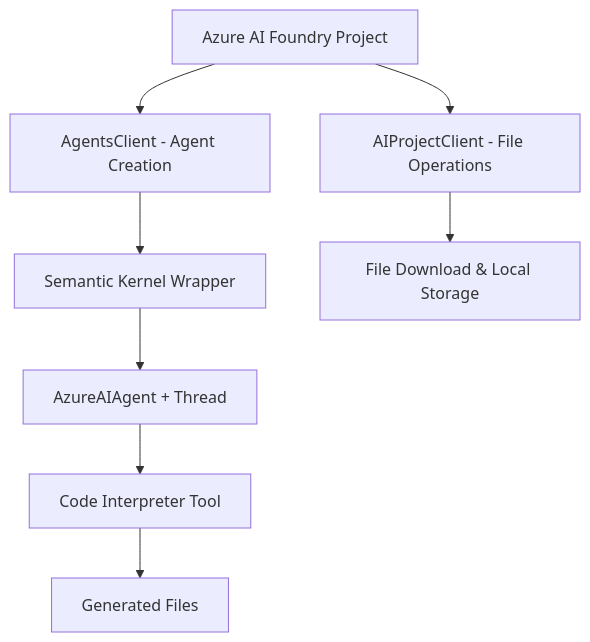
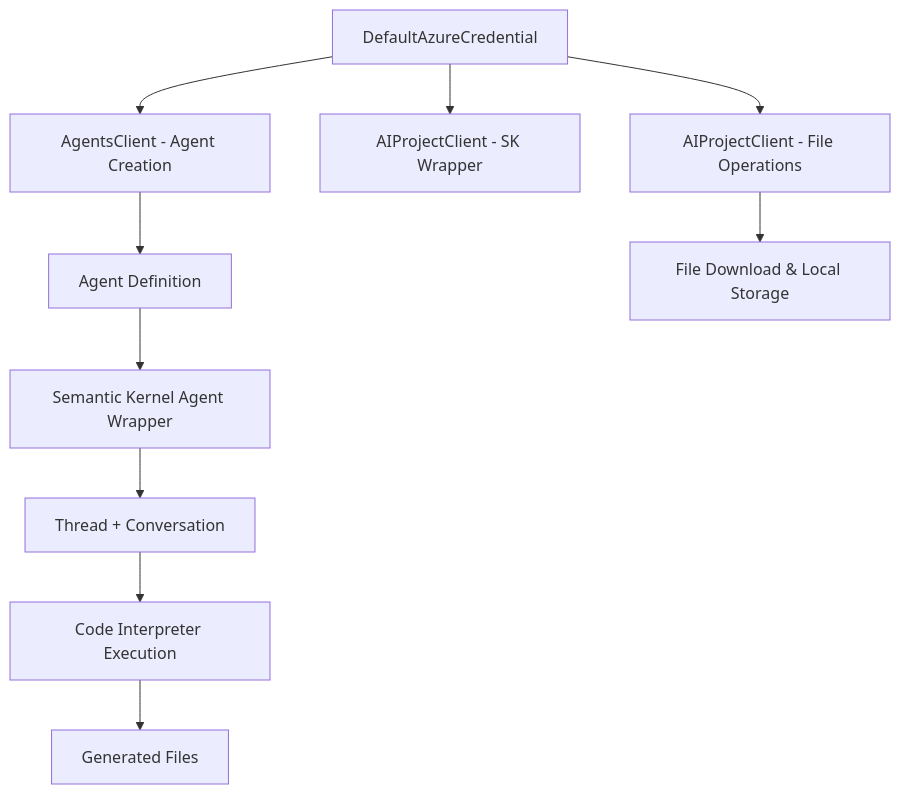
The diagram in README.md (ChrisMcKee1/azure-ai-foundry-semantic-kernel-tutorial), drawn with Mermaid before and after one commit. The commit also changed other lines of this file, not shown here.

Commit message:
Fix README: correct architecture to reflect single credential approach, update code examples, remove support section

````diff
--- a/README.md
+++ b/README.md
@@ -15,10 +15,12 @@
 ```mermaid
 graph TD
-    A[Azure AI Foundry Project] --> B[AgentsClient - Agent Creation]
-    A --> C[AIProjectClient - File Operations]
-    B --> D[Semantic Kernel Wrapper]
-    D --> E[AzureAIAgent + Thread]
-    E --> F[Code Interpreter Tool]
-    F --> G[Generated Files]
-    C --> H[File Download & Local Storage]
+    A[DefaultAzureCredential] --> B[AgentsClient - Agent Creation]
+    A --> C[AIProjectClient - SK Wrapper]
+    A --> D[AIProjectClient - File Operations]
+    B --> E[Agent Definition]
+    E --> F[Semantic Kernel Agent Wrapper]
+    F --> G[Thread + Conversation]
+    G --> H[Code Interpreter Execution]
+    H --> I[Generated Files]
+    D --> J[File Download & Local Storage]
 ```
````
